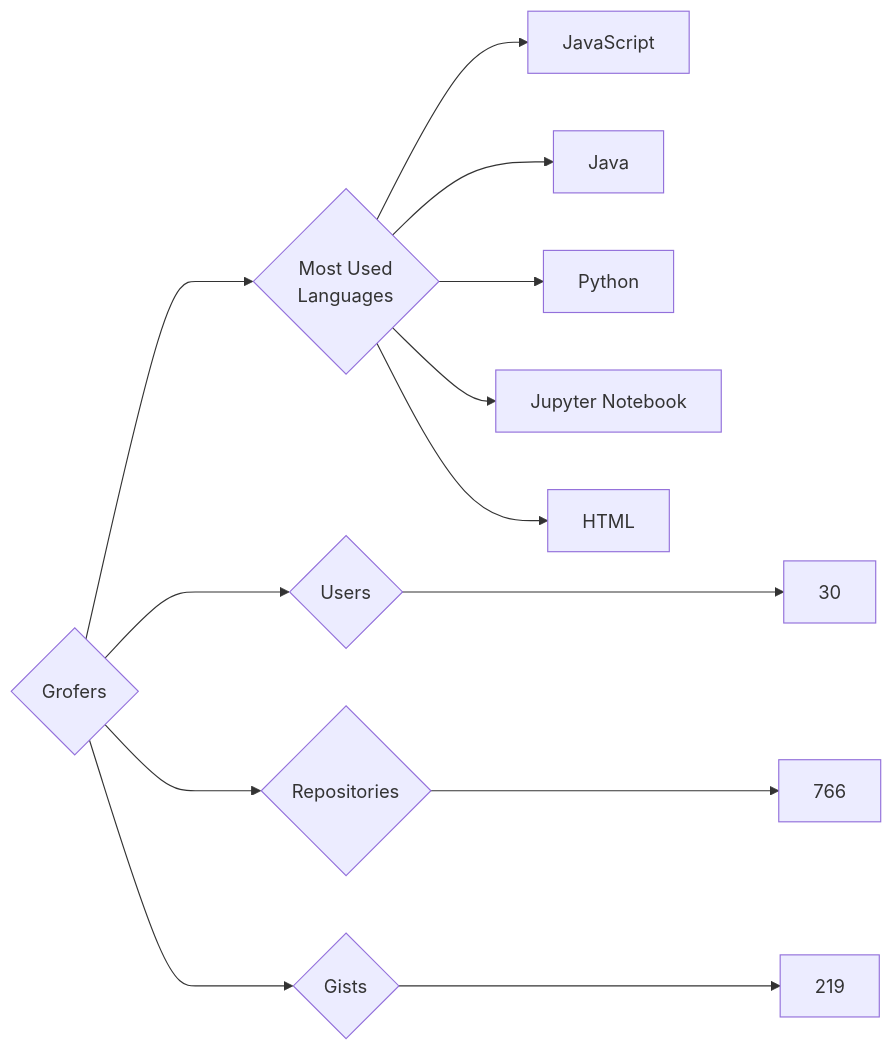
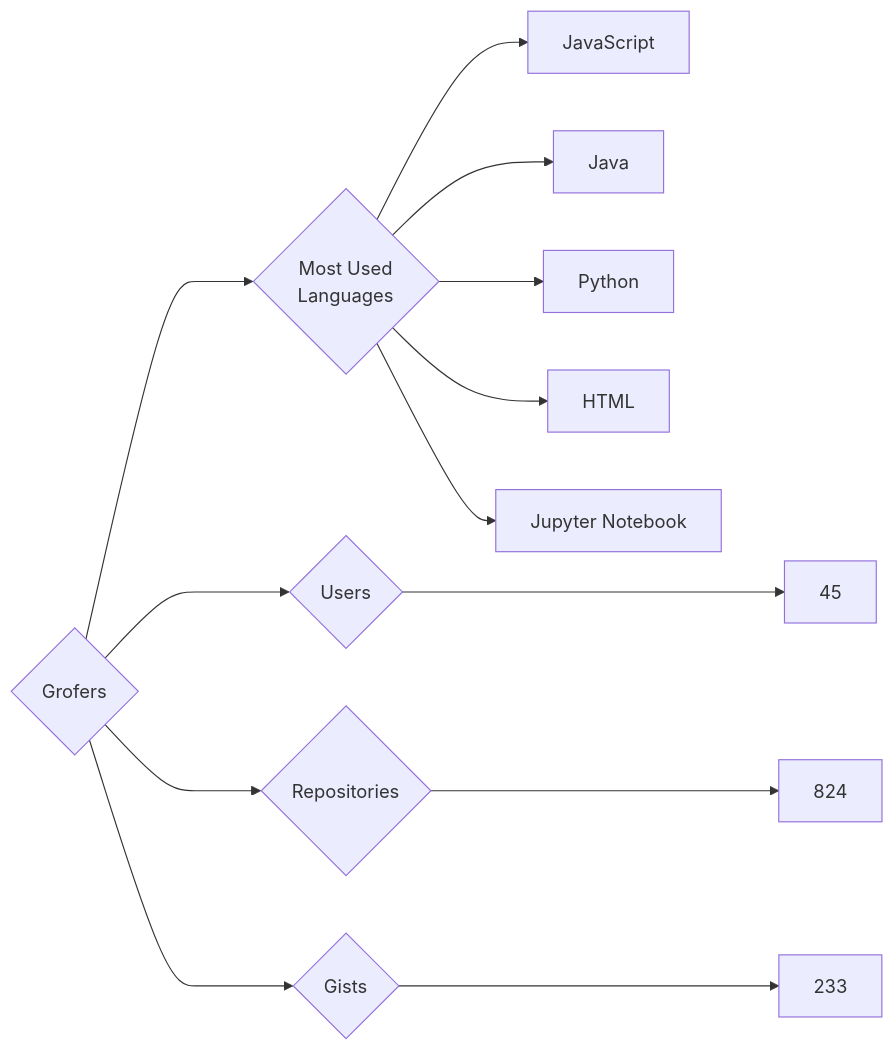
Before and after one commit to trickest/insiders: the diagram in targets/Grofers/README.md, drawn with Mermaid. The commit also changed 773 other files, not shown here.

````diff
--- a/targets/Grofers/README.md
+++ b/targets/Grofers/README.md
@@ -3,13 +3,13 @@
 ```mermaid
 graph LR
 COMPANY_NAME{Grofers}
-COMPANY_NAME ---> U{Users} ---> UN[30]
-COMPANY_NAME ---> R{Repositories} ---> RN[766]
-COMPANY_NAME ---> G{Gists} ---> GN[219]
+COMPANY_NAME ---> U{Users} ---> UN[45]
+COMPANY_NAME ---> R{Repositories} ---> RN[824]
+COMPANY_NAME ---> G{Gists} ---> GN[233]
 COMPANY_NAME ---> ML{Most Used<br>Languages}
 ML --> JavaScript[JavaScript]
 ML --> Java[Java]
 ML --> Python[Python]
+ML --> HTML[HTML]
 ML --> Jupyter_Notebook[Jupyter Notebook]
-ML --> HTML[HTML]
 ```
````
